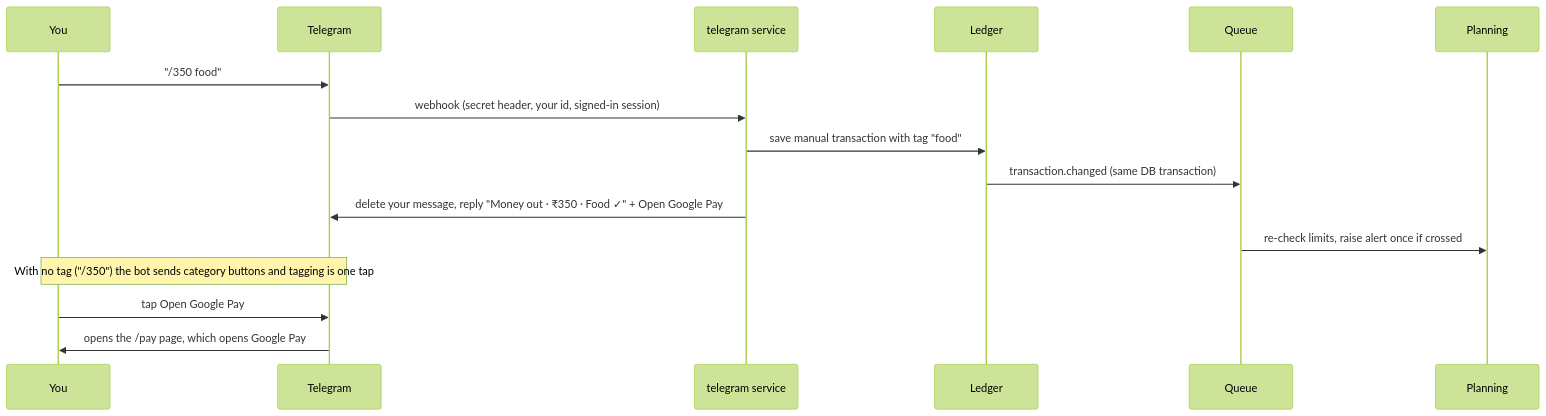
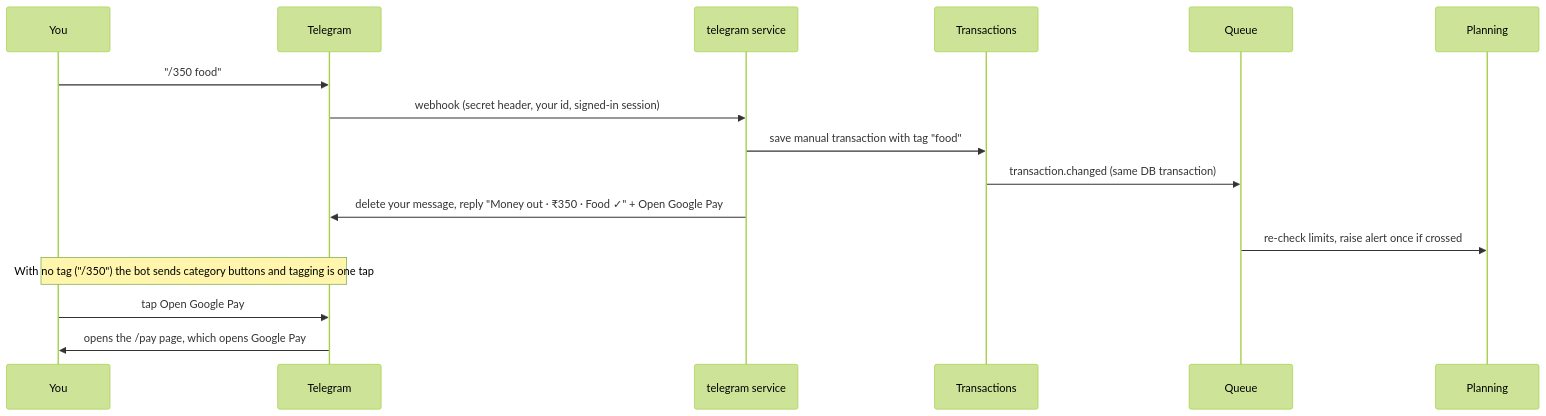
Before and after one commit to aayushsugandhi2703/LBStash: the second of 2 diagrams in README.md, drawn with Mermaid (forest theme). The commit also changed other lines of this file and 408 other files, not shown here.

````diff
--- a/README.md
+++ b/README.md
@@ -73,18 +73,18 @@
 ```mermaid
 sequenceDiagram
   participant You
   participant Telegram
   participant Bot as telegram service
-  participant Ledger
+  participant Transactions
   participant Q as Queue
   participant Planning
   You->>Telegram: "/350 food"
   Telegram->>Bot: webhook (secret header, your id, signed-in session)
-  Bot->>Ledger: save manual transaction with tag "food"
-  Ledger->>Q: transaction.changed (same DB transaction)
+  Bot->>Transactions: save manual transaction with tag "food"
+  Transactions->>Q: transaction.changed (same DB transaction)
   Bot->>Telegram: delete your message, reply "Money out · ₹350 · Food ✓" + Open Google Pay
   Q->>Planning: re-check limits, raise alert once if crossed
   Note over You,Telegram: With no tag ("/350") the bot sends category buttons and tagging is one tap
   You->>Telegram: tap Open Google Pay
   Telegram->>You: opens the /pay page, which opens Google Pay
 ```
````
